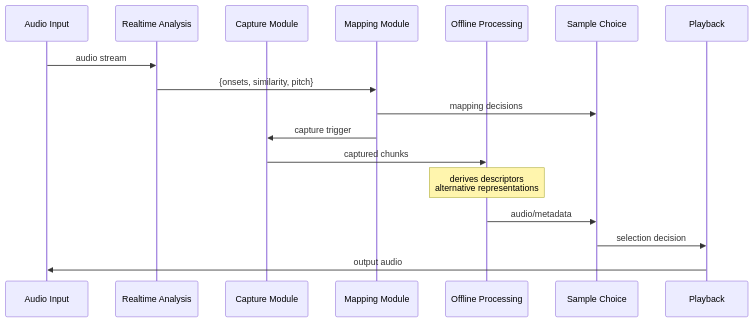
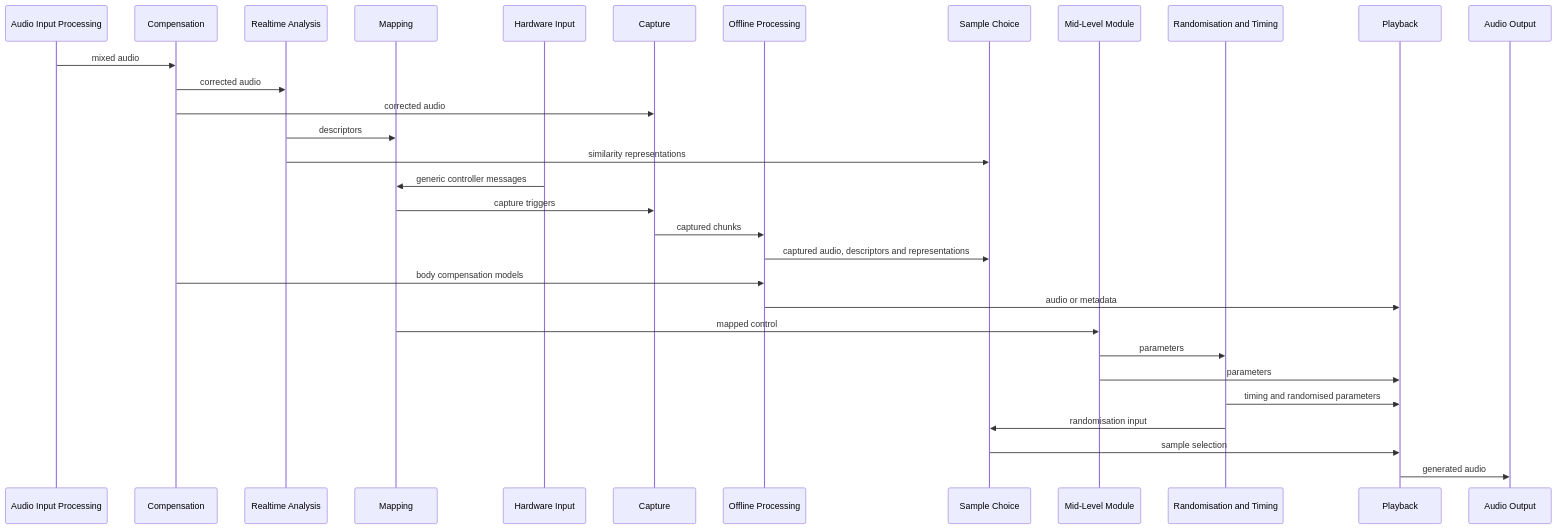
The second of 2 diagrams in System Architecture.md (AlexHarker/wintersleep), drawn with Mermaid before and after one commit. The commit also changed other lines of this file and 1 other file, not shown here.

Commit message:
Update architecture diagram

````diff
--- a/System Architecture.md
+++ b/System Architecture.md
@@ -165,24 +134,34 @@
 ```mermaid
 sequenceDiagram
-    participant AudioInput as Audio Input
+    participant Input as Audio Input Processing
+    participant Compensation
     participant Analysis as Realtime Analysis
-    participant Capture as Capture Module
-    participant Mapping as Mapping Module
+    participant Mapping
+    participant Hardware as Hardware Input
+    participant Capture
     participant Offline as Offline Processing
     participant Choice as Sample Choice
-    participant Playback as Playback
-    
-    AudioInput->>Analysis: audio stream
-    Analysis->>Mapping: {onsets, similarity, pitch}
-    
-    Mapping->>Choice: mapping decisions
-    Mapping->>Capture: capture trigger
+    participant Mid as Mid-Level Module
+    participant Control as Randomisation and Timing
+    participant Playback
+    participant Output as Audio Output
+
+    Input->>Compensation: mixed audio
+    Compensation->>Analysis: corrected audio
+    Compensation->>Capture: corrected audio
+    Analysis->>Mapping: descriptors
+    Analysis->>Choice: similarity representations
+    Hardware->>Mapping: generic controller messages
+    Mapping->>Capture: capture triggers
     Capture->>Offline: captured chunks
-    
-    Note over Offline: derives descriptors<br/>alternative representations
-    
-    Offline->>Choice: audio/metadata
-    Choice->>Playback: selection decision
-    
-    Playback->>AudioInput: output audio
+    Offline->>Choice: captured audio, descriptors and representations
+    Compensation->>Offline: body compensation models
+    Offline->>Playback: audio or metadata
+    Mapping->>Mid: mapped control
+    Mid->>Control: parameters
+    Mid->>Playback: parameters
+    Control->>Playback: timing and randomised parameters
+    Control->>Choice: randomisation input
+    Choice->>Playback: sample selection
+    Playback->>Output: generated audio
 ```
````
